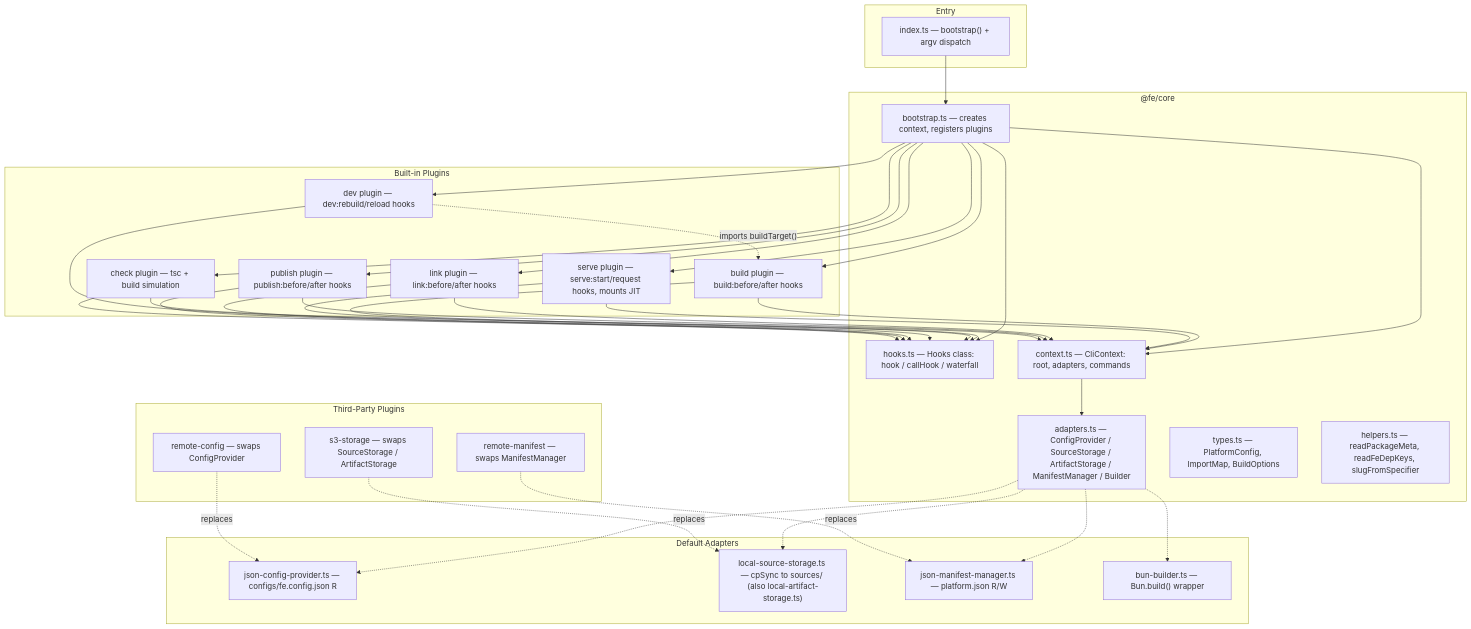
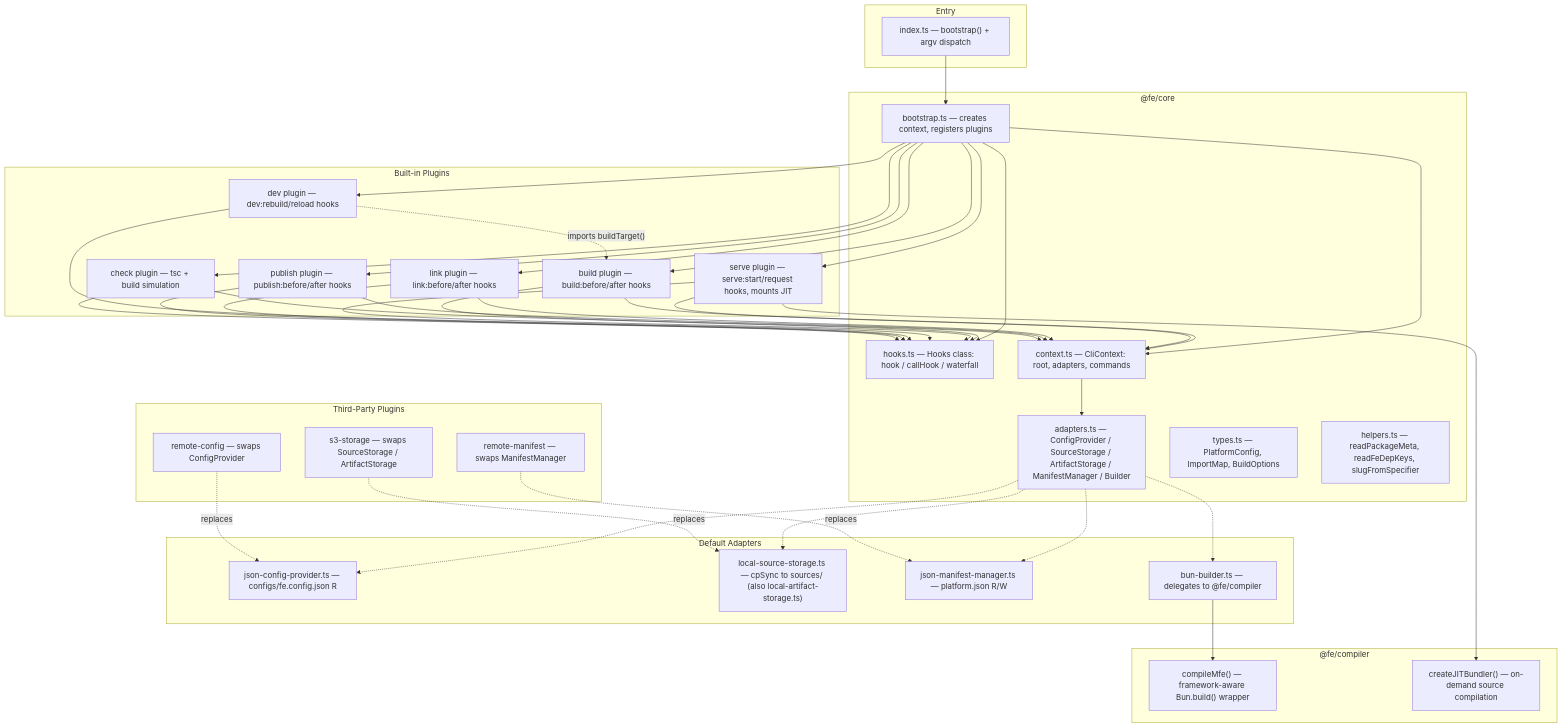
One commit to fe-platform/fe changed the diagram in docs/cli-architecture-proposed.md. Above: the diagram before and after it, drawn with Mermaid. The commit also changed other lines of this file and 6 other files, not shown here.

````diff
--- a/docs/cli-architecture-proposed.md
+++ b/docs/cli-architecture-proposed.md
@@ -7,71 +7,78 @@
 ```mermaid
 graph TB
     subgraph "Entry"
         INDEX["index.ts — bootstrap() + argv dispatch"]
     end
 
     subgraph "@fe/core"
         BOOTSTRAP["bootstrap.ts — creates context, registers plugins"]
         HOOKS["hooks.ts — Hooks class: hook / callHook / waterfall"]
         CONTEXT["context.ts — CliContext: root, adapters, commands"]
         ADAPTERS_IF["adapters.ts — ConfigProvider / SourceStorage / ArtifactStorage / ManifestManager / Builder"]
         TYPES["types.ts — PlatformConfig, ImportMap, BuildOptions"]
         HELPERS["helpers.ts — readPackageMeta, readFeDepKeys, slugFromSpecifier"]
     end
 
     subgraph "Default Adapters"
         JSON_CFG["json-config-provider.ts — configs/fe.config.json R"]
         LOCAL["local-source-storage.ts — cpSync to sources/ (also local-artifact-storage.ts)"]
         JSON_MAN["json-manifest-manager.ts — platform.json R/W"]
-        BUN_B["bun-builder.ts — Bun.build() wrapper"]
+        BUN_B["bun-builder.ts — delegates to @fe/compiler"]
+    end
+
+    subgraph "@fe/compiler"
+        COMPILER["compileMfe() — framework-aware Bun.build() wrapper"]
+        JIT_C["createJITBundler() — on-demand source compilation"]
     end
 
     subgraph "Built-in Plugins"
         P_BUILD["build plugin — build:before/after hooks"]
         P_SERVE["serve plugin — serve:start/request hooks, mounts JIT"]
         P_DEV["dev plugin — dev:rebuild/reload hooks"]
         P_LINK["link plugin — link:before/after hooks"]
         P_PUBLISH["publish plugin — publish:before/after hooks"]
         P_CHECK["check plugin — tsc + build simulation"]
     end
 
     subgraph "Third-Party Plugins"
         P_S3["s3-storage — swaps SourceStorage / ArtifactStorage"]
         P_REMOTE["remote-manifest — swaps ManifestManager"]
         P_CFG["remote-config — swaps ConfigProvider"]
     end
 
     INDEX --> BOOTSTRAP
     BOOTSTRAP --> HOOKS
     BOOTSTRAP --> CONTEXT
 
     CONTEXT --> ADAPTERS_IF
     ADAPTERS_IF -.-> JSON_CFG
     ADAPTERS_IF -.-> LOCAL
     ADAPTERS_IF -.-> JSON_MAN
     ADAPTERS_IF -.-> BUN_B
+    BUN_B --> COMPILER
+    P_SERVE --> JIT_C
 
     BOOTSTRAP --> P_BUILD
     BOOTSTRAP --> P_SERVE
     BOOTSTRAP --> P_DEV
     BOOTSTRAP --> P_LINK
     BOOTSTRAP --> P_PUBLISH
     BOOTSTRAP --> P_CHECK
 
     P_BUILD --> HOOKS
     P_BUILD --> CONTEXT
     P_SERVE --> HOOKS
     P_SERVE --> CONTEXT
     P_DEV -.->|"imports buildTarget()"| P_BUILD
     P_DEV --> HOOKS
     P_LINK --> HOOKS
     P_LINK --> CONTEXT
     P_PUBLISH --> HOOKS
     P_PUBLISH --> CONTEXT
     P_CHECK --> HOOKS
     P_CHECK --> CONTEXT
 
     P_S3 -.->|"replaces"| LOCAL
     P_REMOTE -.->|"replaces"| JSON_MAN
     P_CFG -.->|"replaces"| JSON_CFG
 ```
````
